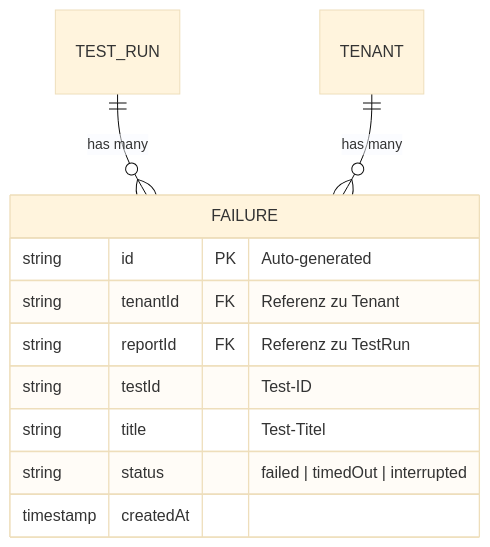
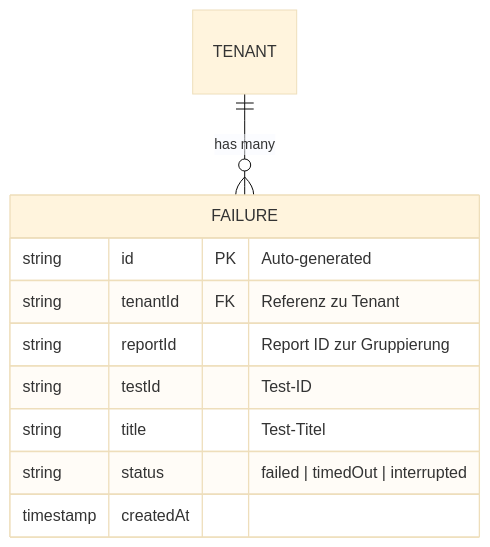
One commit to phillihoch/stabilify changed the fourth of 11 diagrams in docs/architektur-plan-stabilify-server.md. Above: the diagram before and after it, drawn with Mermaid (base theme). The commit also changed other lines of this file and 11 other files, not shown here.

````diff
--- a/docs/architektur-plan-stabilify-server.md
+++ b/docs/architektur-plan-stabilify-server.md
@@ -241,15 +183,14 @@
 ```mermaid
 erDiagram
     FAILURE {
         string id PK "Auto-generated"
         string tenantId FK "Referenz zu Tenant"
-        string reportId FK "Referenz zu TestRun"
+        string reportId "Report ID zur Gruppierung"
         string testId "Test-ID"
         string title "Test-Titel"
         string status "failed | timedOut | interrupted"
         timestamp createdAt
     }
 
-    TEST_RUN ||--o{ FAILURE : "has many"
     TENANT ||--o{ FAILURE : "has many"
 ```
````
